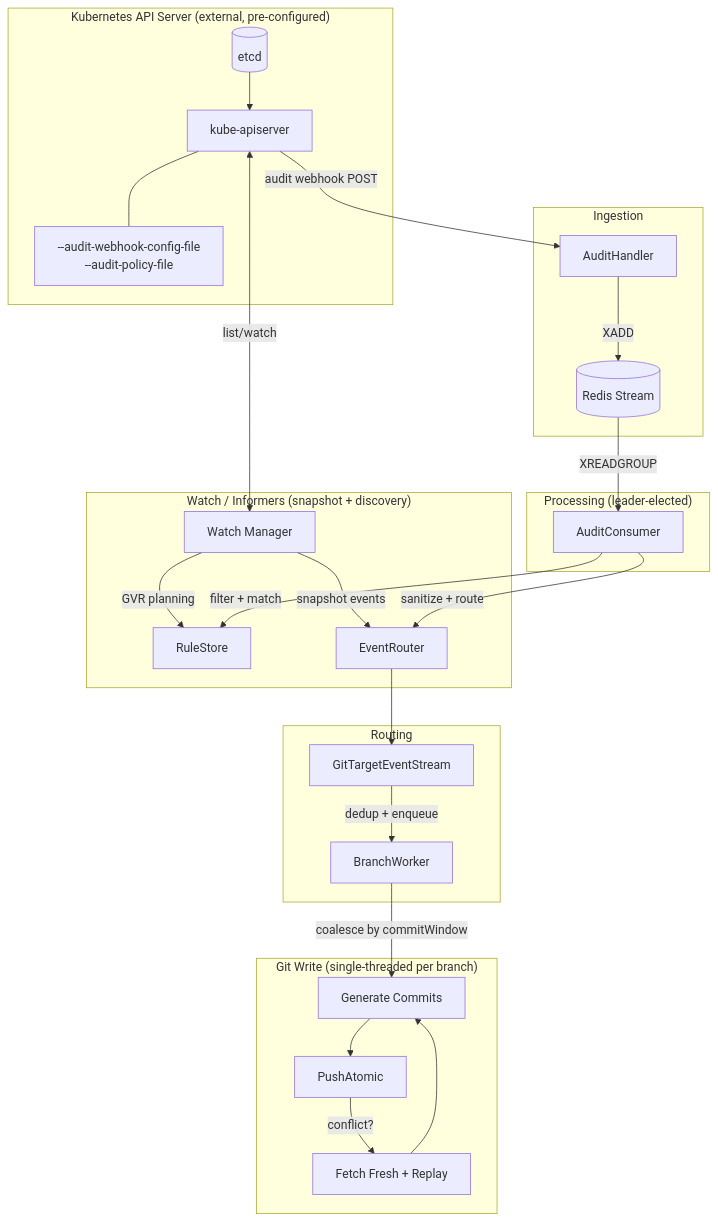
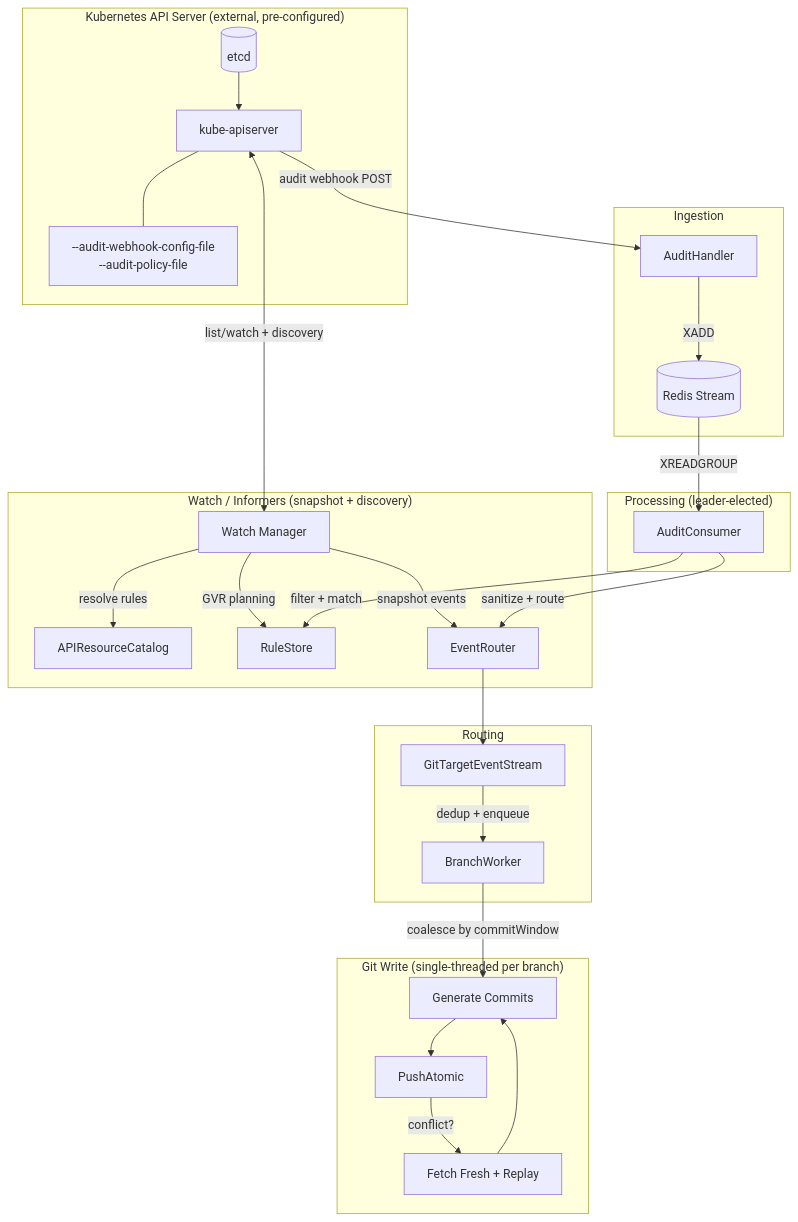
Before and after one commit to ConfigButler/gitops-reverser: the second of 7 diagrams in docs/architecture.md, drawn with Mermaid. The commit also changed other lines of this file and 5 other files, not shown here.

````diff
--- a/docs/architecture.md
+++ b/docs/architecture.md
@@ -183,38 +188,40 @@
 ```mermaid
 flowchart TD
     subgraph "Kubernetes API Server (external, pre-configured)"
         ETCD[(etcd)] --> KAS[kube-apiserver]
         KAS --- AUDIT_CFG["--audit-webhook-config-file\n--audit-policy-file"]
     end
 
     subgraph "Watch / Informers (snapshot + discovery)"
         WM[Watch Manager]
+        CAT[APIResourceCatalog]
+        WM -->|resolve rules| CAT
         WM -->|GVR planning| RULE
         WM -->|snapshot events| ER
     end
 
     KAS -->|audit webhook POST| AH
-    KAS <-->|list/watch| WM
+    KAS <-->|list/watch + discovery| WM
 
     subgraph Ingestion
         AH[AuditHandler] -->|XADD| RS[(Redis Stream)]
     end
 
     subgraph Processing ["Processing (leader-elected)"]
         RS -->|XREADGROUP| AC[AuditConsumer]
         AC -->|filter + match| RULE[RuleStore]
         AC -->|sanitize + route| ER[EventRouter]
     end
 
     subgraph Routing
         ER --> GTES[GitTargetEventStream]
         GTES -->|dedup + enqueue| BW[BranchWorker]
     end
 
     subgraph "Git Write (single-threaded per branch)"
         BW -->|coalesce by commitWindow| COMMIT[Generate Commits]
         COMMIT --> PUSH[PushAtomic]
         PUSH -->|conflict?| RETRY[Fetch Fresh + Replay]
         RETRY --> COMMIT
     end
 ```
````
